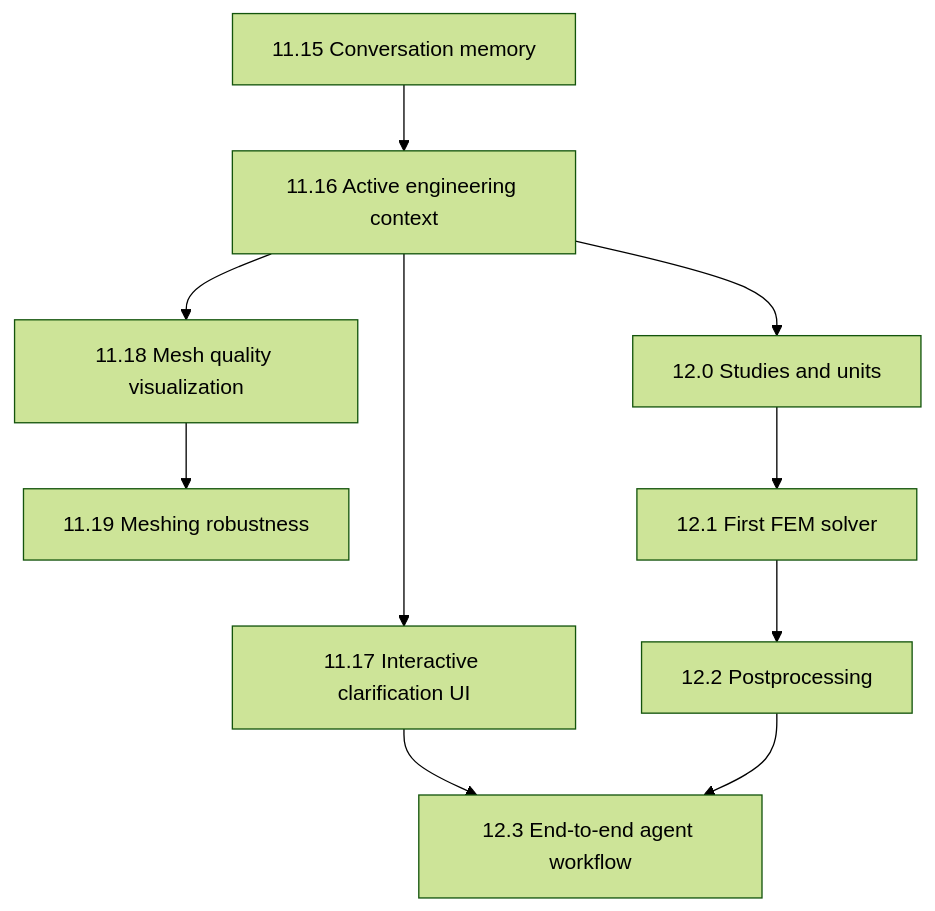
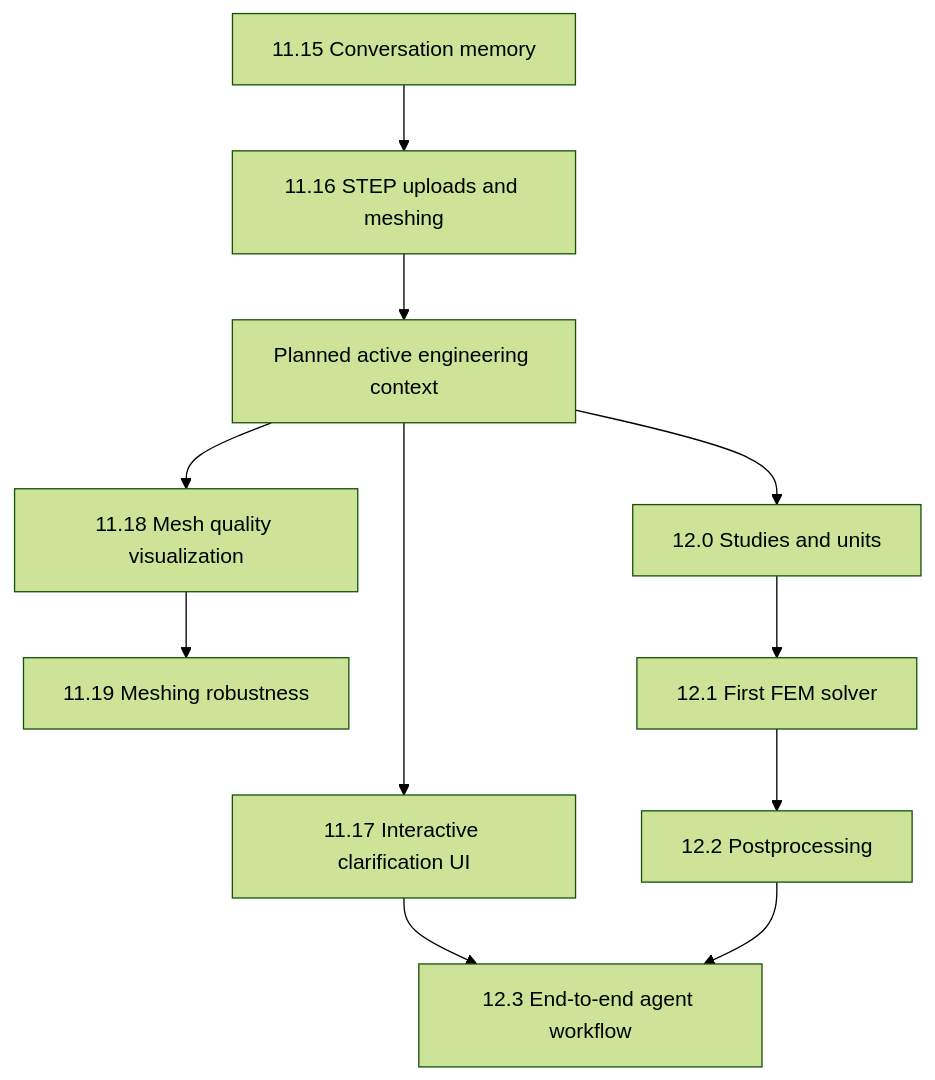
One commit to tsarikahin/simassist changed the diagram in docs/SIMASSIST_NEXT_STEPS_ROADMAP.md. Above: the diagram before and after it, drawn with Mermaid (forest theme). The commit also changed other lines of this file and 25 other files, not shown here.

````diff
--- a/docs/SIMASSIST_NEXT_STEPS_ROADMAP.md
+++ b/docs/SIMASSIST_NEXT_STEPS_ROADMAP.md
@@ -163,12 +174,13 @@
 ```mermaid
 flowchart TD
-    A[11.15 Conversation memory] --> B[11.16 Active engineering context]
+    A[11.15 Conversation memory] --> U[11.16 STEP uploads and meshing]
+    U --> B[Planned active engineering context]
     B --> C[11.17 Interactive clarification UI]
     B --> D[11.18 Mesh quality visualization]
     D --> E[11.19 Meshing robustness]
     B --> F[12.0 Studies and units]
     F --> G[12.1 First FEM solver]
     G --> H[12.2 Postprocessing]
     C --> I[12.3 End-to-end agent workflow]
     H --> I
 ```
````
